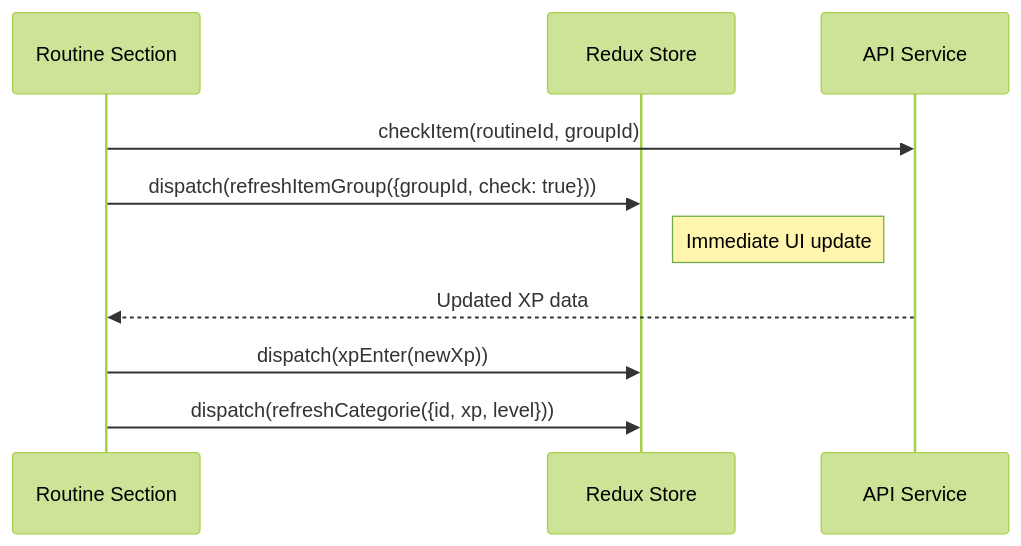
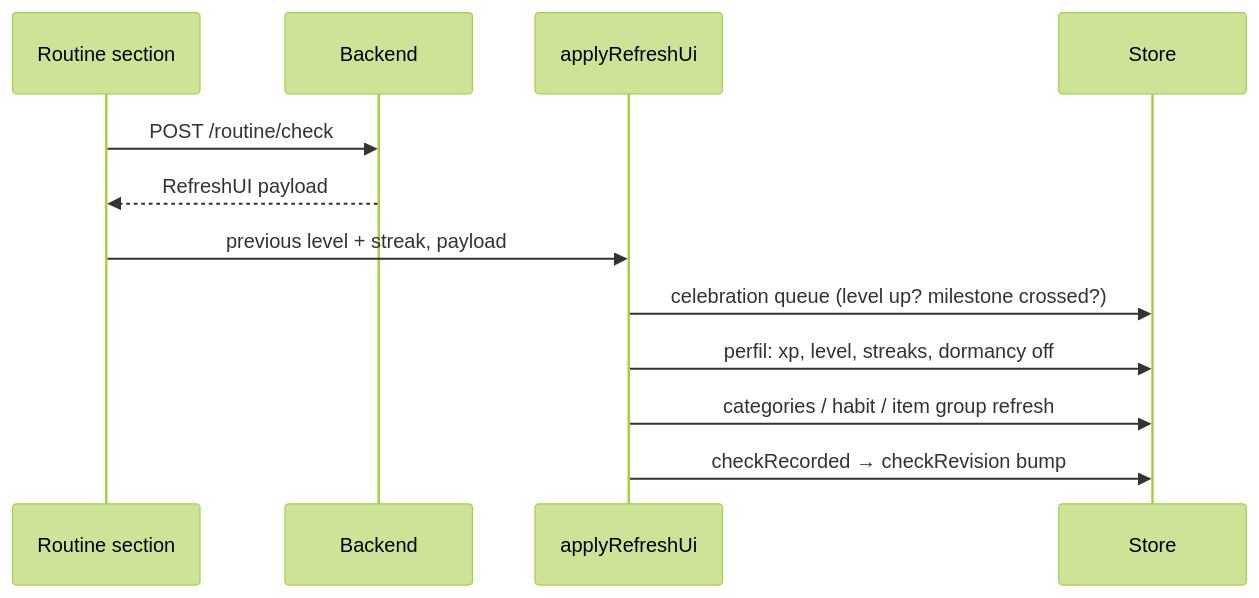
Before and after one commit to AndDev741/Beyou-arch-design: the second of 2 diagrams in architecture/redux-data/en.md, drawn with Mermaid (forest theme). The commit also changed other lines of this file and 7 other files, not shown here.

First line of the commit message:
docs(architecture): ui-components and redux-data enter the monorepo era

````diff
--- a/architecture/redux-data/en.md
+++ b/architecture/redux-data/en.md
@@ -206,13 +64,15 @@
 ```mermaid
 sequenceDiagram
-  participant UI as Routine Section
-  participant RDX as Redux Store
-  participant API as API Service
+  participant UI as Routine section
+  participant BE as Backend
+  participant AP as applyRefreshUi
+  participant ST as Store
 
-  UI->>API: checkItem(routineId, groupId)
-  UI->>RDX: dispatch(refreshItemGroup({groupId, check: true}))
-  Note right of RDX: Immediate UI update
-  API-->>UI: Updated XP data
-  UI->>RDX: dispatch(xpEnter(newXp))
-  UI->>RDX: dispatch(refreshCategorie({id, xp, level}))
+  UI->>BE: POST /routine/check
+  BE-->>UI: RefreshUI payload
+  UI->>AP: previous level + streak, payload
+  AP->>ST: celebration queue (level up? milestone crossed?)
+  AP->>ST: perfil: xp, level, streaks, dormancy off
+  AP->>ST: categories / habit / item group refresh
+  AP->>ST: checkRecorded → checkRevision bump
 ```
````
